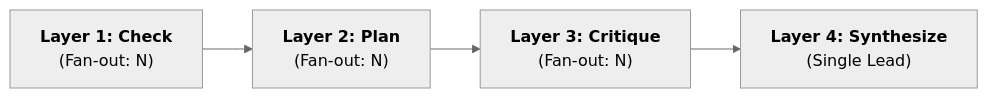
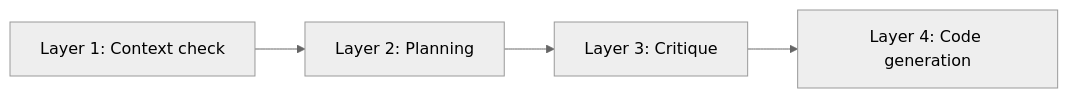
Before and after one commit to Soycakes/SoyLangGraph: the first of 2 diagrams in README.md, drawn with Mermaid (neutral theme). The commit also changed other lines of this file and 11 other files, not shown here.

````diff
--- a/README.md
+++ b/README.md
@@ -9,9 +17,9 @@
 ```mermaid
 flowchart LR
-    L1["<b>Layer 1: Check</b><br/>(Fan-out: N)"]
-    L2["<b>Layer 2: Plan</b><br/>(Fan-out: N)"]
-    L3["<b>Layer 3: Critique</b><br/>(Fan-out: N)"]
-    L4["<b>Layer 4: Synthesize</b><br/>(Single Lead)"]
+    L1["Layer 1: Context check"]
+    L2["Layer 2: Planning"]
+    L3["Layer 3: Critique"]
+    L4["Layer 4: Code generation"]
 
     L1 --> L2 --> L3 --> L4
 ```
````
